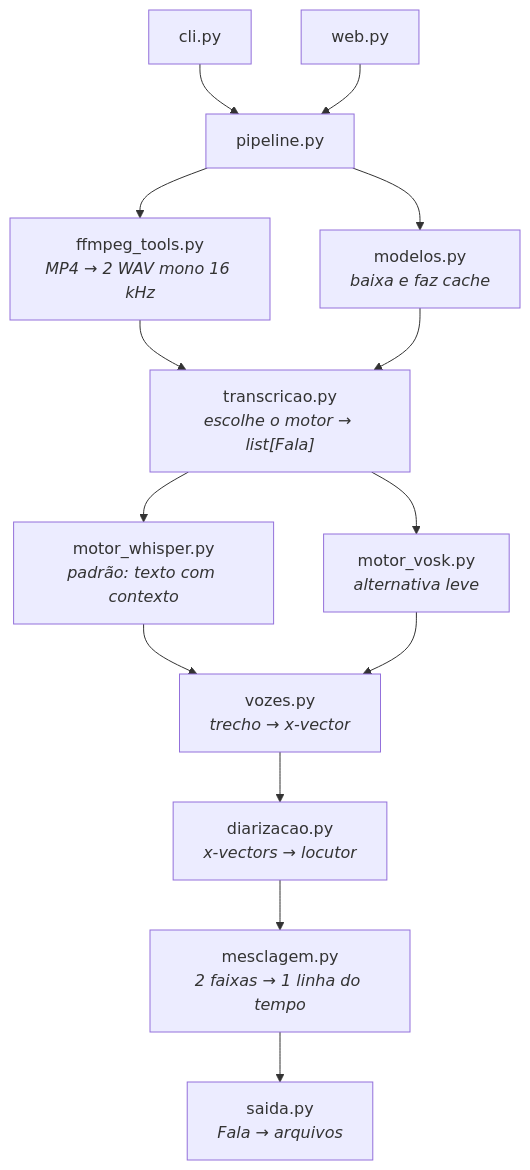
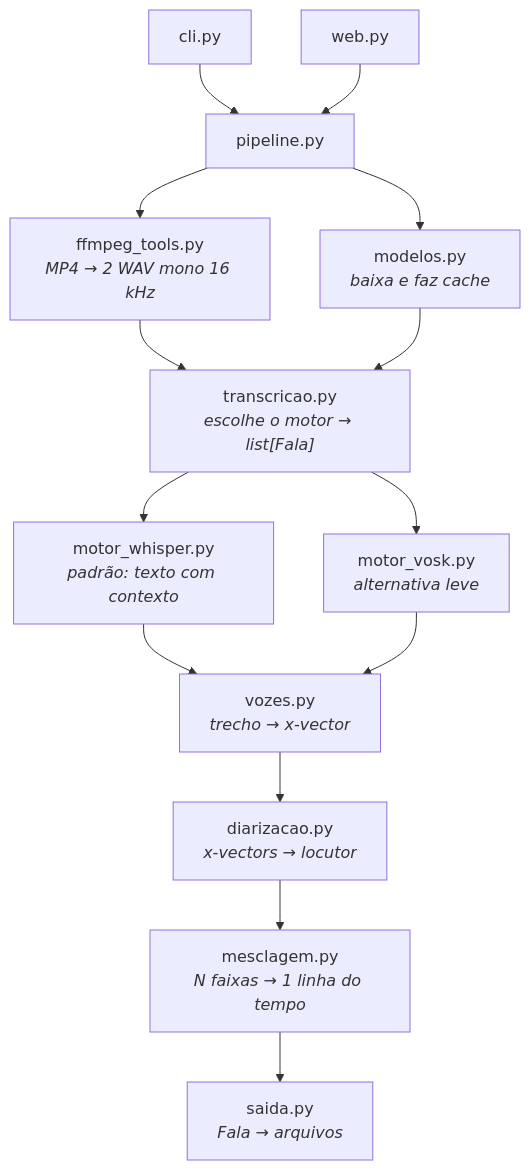
Before and after one commit to Vinicius-Nassif/transcribefy: the diagram in docs/arquitetura.md, drawn with Mermaid. The commit also changed other lines of this file and 13 other files, not shown here.

````diff
--- a/docs/arquitetura.md
+++ b/docs/arquitetura.md
@@ -34,16 +34,16 @@
 ```mermaid
 flowchart TD
   CLI["cli.py"] --> P["pipeline.py"]
   WEB["web.py"] --> P
   P --> FF["ffmpeg_tools.py<br/><i>MP4 → 2 WAV mono 16 kHz</i>"]
   P --> MO["modelos.py<br/><i>baixa e faz cache</i>"]
   FF --> TR["transcricao.py<br/><i>escolhe o motor → list[Fala]</i>"]
   MO --> TR
   TR --> MW["motor_whisper.py<br/><i>padrão: texto com contexto</i>"]
   TR --> MV["motor_vosk.py<br/><i>alternativa leve</i>"]
   MW --> VZ["vozes.py<br/><i>trecho → x-vector</i>"]
   MV --> VZ
   VZ --> DI["diarizacao.py<br/><i>x-vectors → locutor</i>"]
-  DI --> ME["mesclagem.py<br/><i>2 faixas → 1 linha do tempo</i>"]
+  DI --> ME["mesclagem.py<br/><i>N faixas → 1 linha do tempo</i>"]
   ME --> SA["saida.py<br/><i>Fala → arquivos</i>"]
 ```
````
